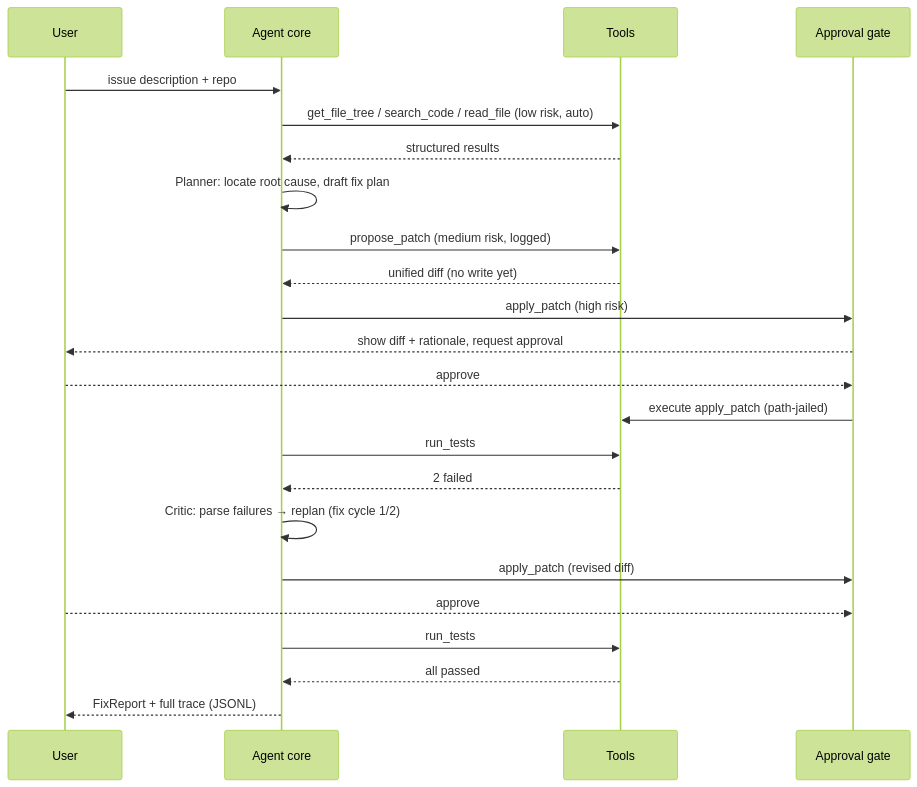
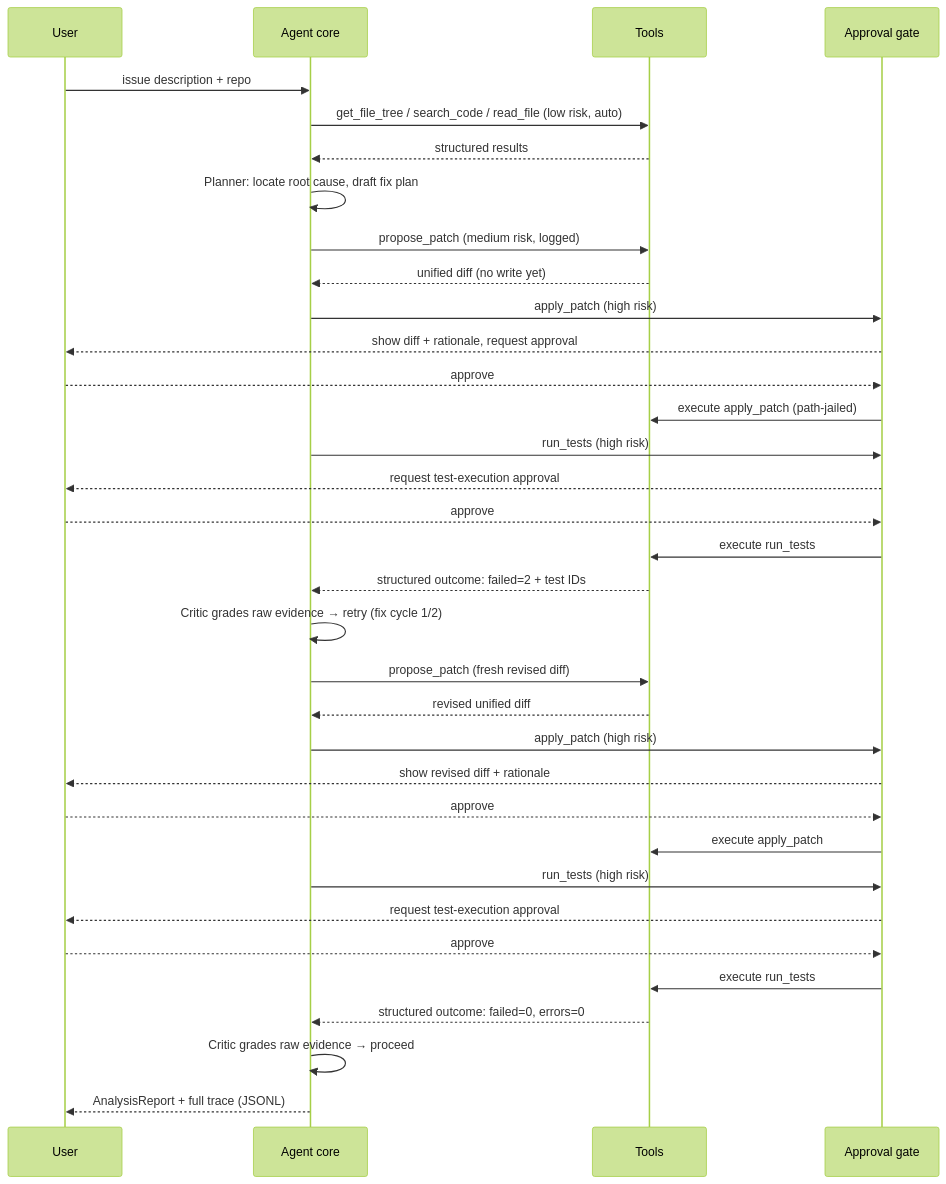
The second of 2 diagrams in docs/architecture.md (Jhy13294/RepoPilot-AI-Codebase-Agent), drawn with Mermaid (forest theme) before and after one commit. The commit also changed other lines of this file and 5 other files, not shown here.

````diff
--- a/docs/architecture.md
+++ b/docs/architecture.md
@@ -61,26 +61,37 @@
 ```mermaid
 sequenceDiagram
     participant U as User
     participant A as Agent core
     participant T as Tools
     participant G as Approval gate
 
     U->>A: issue description + repo
     A->>T: get_file_tree / search_code / read_file (low risk, auto)
     T-->>A: structured results
     A->>A: Planner: locate root cause, draft fix plan
     A->>T: propose_patch (medium risk, logged)
     T-->>A: unified diff (no write yet)
     A->>G: apply_patch (high risk)
     G-->>U: show diff + rationale, request approval
     U-->>G: approve
     G->>T: execute apply_patch (path-jailed)
-    A->>T: run_tests
-    T-->>A: 2 failed
-    A->>A: Critic: parse failures → replan (fix cycle 1/2)
-    A->>G: apply_patch (revised diff)
+    A->>G: run_tests (high risk)
+    G-->>U: request test-execution approval
     U-->>G: approve
-    A->>T: run_tests
-    T-->>A: all passed
-    A-->>U: FixReport + full trace (JSONL)
+    G->>T: execute run_tests
+    T-->>A: structured outcome: failed=2 + test IDs
+    A->>A: Critic grades raw evidence → retry (fix cycle 1/2)
+    A->>T: propose_patch (fresh revised diff)
+    T-->>A: revised unified diff
+    A->>G: apply_patch (high risk)
+    G-->>U: show revised diff + rationale
+    U-->>G: approve
+    G->>T: execute apply_patch
+    A->>G: run_tests (high risk)
+    G-->>U: request test-execution approval
+    U-->>G: approve
+    G->>T: execute run_tests
+    T-->>A: structured outcome: failed=0, errors=0
+    A->>A: Critic grades raw evidence → proceed
+    A-->>U: AnalysisReport + full trace (JSONL)
 ```
````
